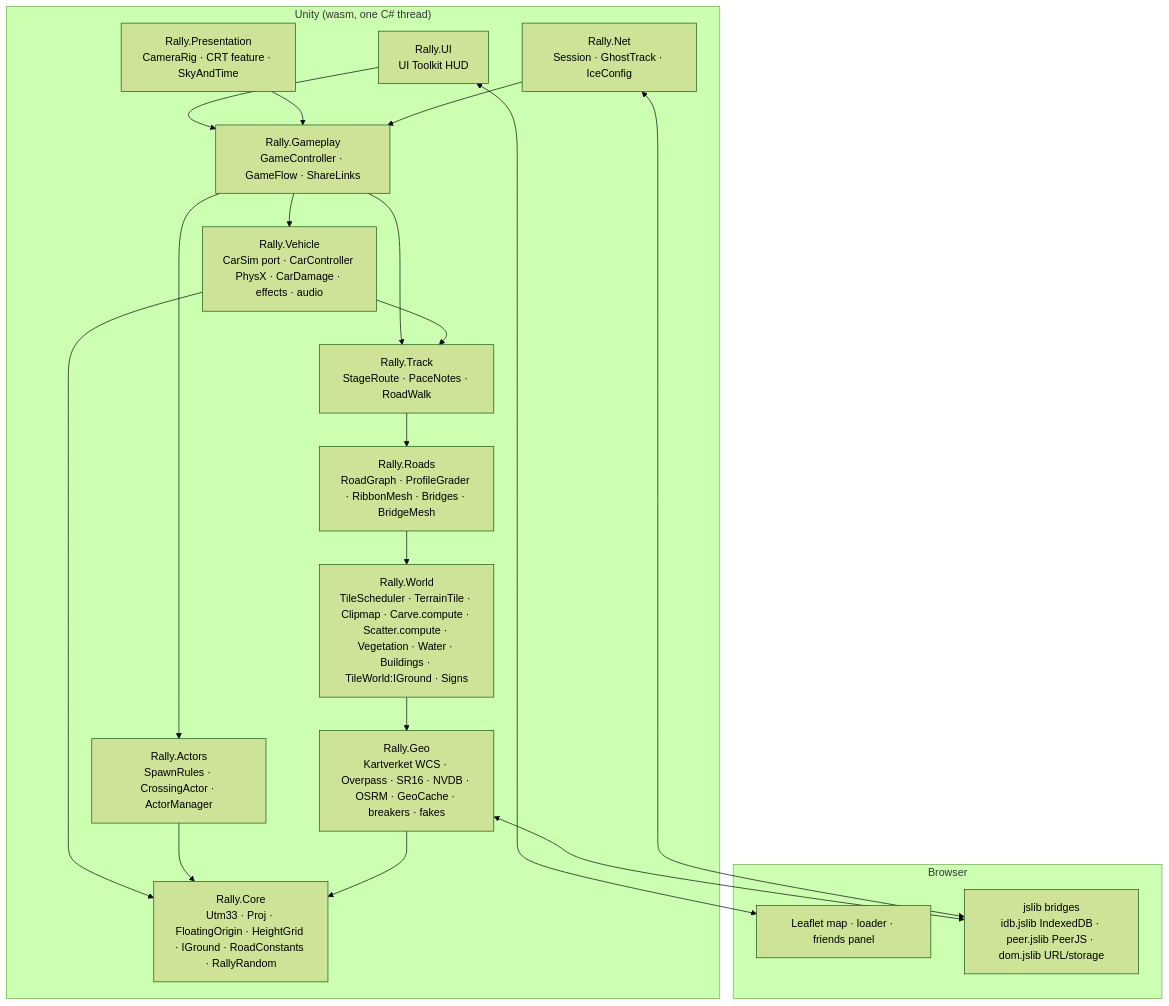
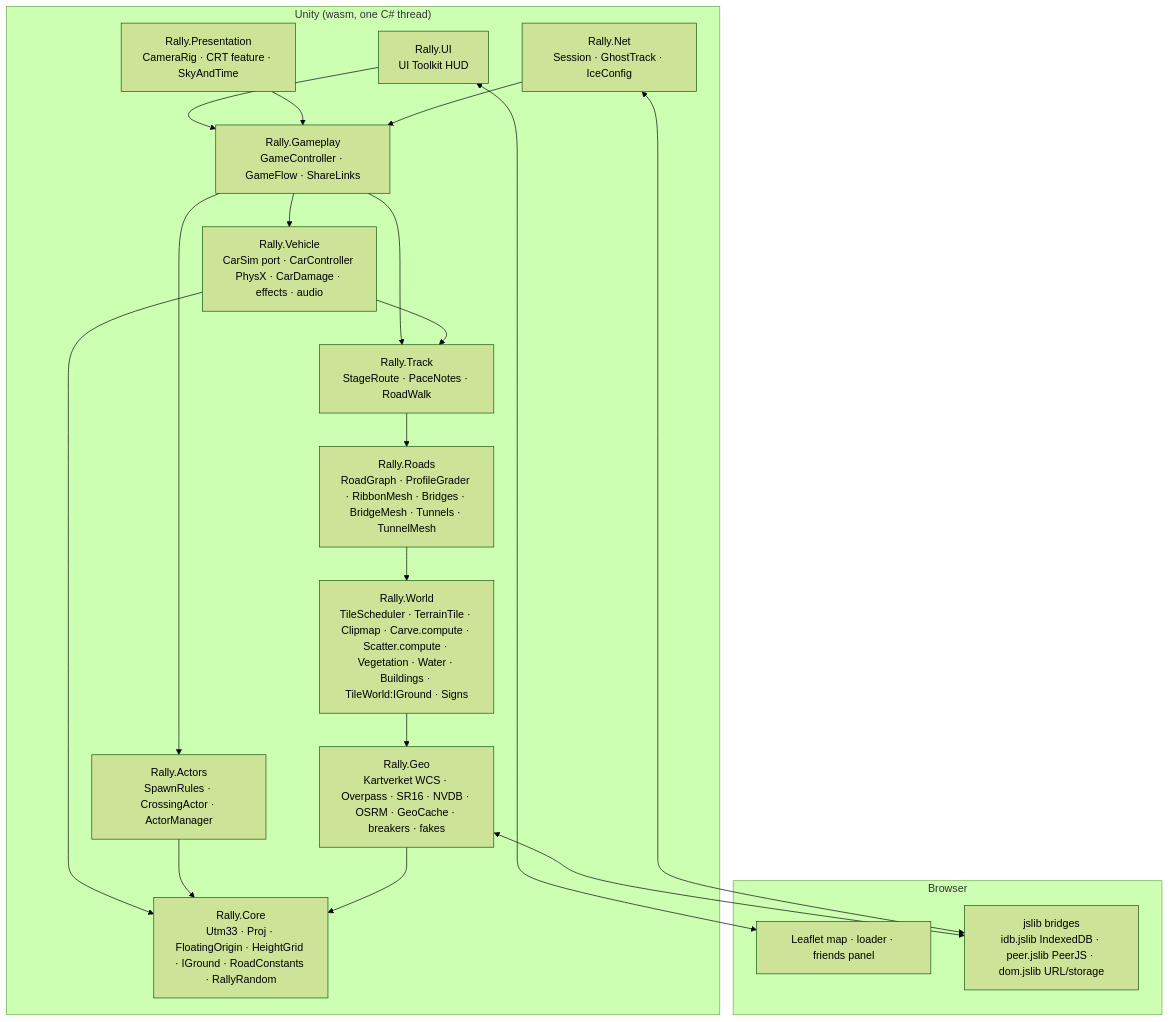
One commit to FlipTMoan/norwayralley changed the fifth of 12 diagrams in ARCHITECTURE.md. Above: the diagram before and after it, drawn with Mermaid (forest theme). The commit also changed other lines of this file and 39 other files, not shown here.

First line of the commit message:
Unity: tunnels from the map, overpass bridges, joined roads meet at one height

````diff
--- a/ARCHITECTURE.md
+++ b/ARCHITECTURE.md
@@ -172,25 +172,25 @@
 ```mermaid
 flowchart TB
   subgraph Browser
     DOM[Leaflet map · loader · friends panel]
     JS[jslib bridges<br/>idb.jslib IndexedDB · peer.jslib PeerJS · dom.jslib URL/storage]
   end
   subgraph Unity["Unity (wasm, one C# thread)"]
     UI[Rally.UI<br/>UI Toolkit HUD] --> GP[Rally.Gameplay<br/>GameController · GameFlow · ShareLinks]
     PR[Rally.Presentation<br/>CameraRig · CRT feature · SkyAndTime] --> GP
     NET[Rally.Net<br/>Session · GhostTrack · IceConfig] --> GP
     GP --> VH[Rally.Vehicle<br/>CarSim port · CarController PhysX · CarDamage · effects · audio]
     GP --> AC[Rally.Actors<br/>SpawnRules · CrossingActor · ActorManager]
     GP --> TR[Rally.Track<br/>StageRoute · PaceNotes · RoadWalk]
     VH --> TR
-    TR --> RD[Rally.Roads<br/>RoadGraph · ProfileGrader · RibbonMesh · Bridges · BridgeMesh]
+    TR --> RD[Rally.Roads<br/>RoadGraph · ProfileGrader · RibbonMesh · Bridges · BridgeMesh · Tunnels · TunnelMesh]
     RD --> WD[Rally.World<br/>TileScheduler · TerrainTile · Clipmap · Carve.compute · Scatter.compute · Vegetation · Water · Buildings · TileWorld:IGround · Signs]
     VH --> CORE
     AC --> CORE
     WD --> GEO[Rally.Geo<br/>Kartverket WCS · Overpass · SR16 · NVDB · OSRM · GeoCache · breakers · fakes]
     GEO --> CORE[Rally.Core<br/>Utm33 · Proj · FloatingOrigin · HeightGrid · IGround · RoadConstants · RallyRandom]
   end
   GEO <--> JS
   NET <--> JS
   UI <--> DOM
 ```
````
